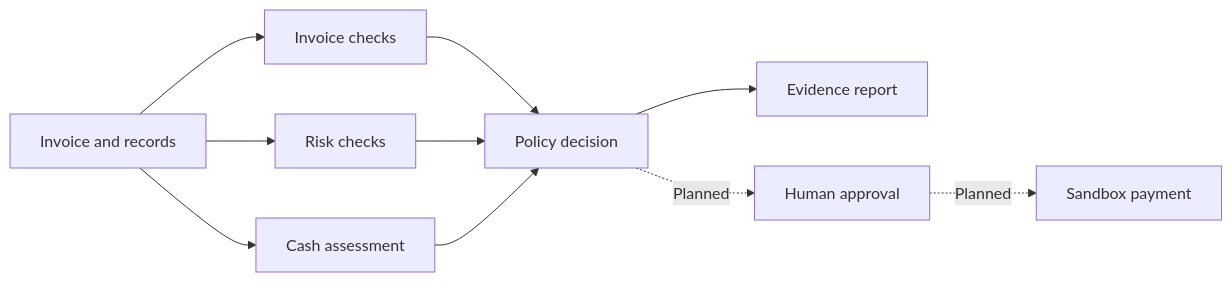
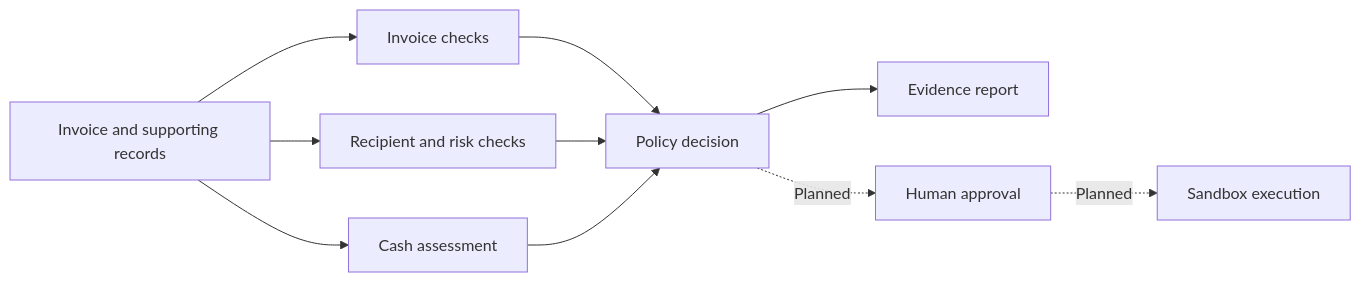
One commit to SanskritiAripineni/finality changed the diagram in README.md. Above: the diagram before and after it, drawn with Mermaid. The commit also changed other lines of this file and 12 other files, not shown here.

````diff
--- a/README.md
+++ b/README.md
@@ -51,12 +42,12 @@
 ```mermaid
 flowchart LR
-  A[Invoice and records] --> B[Invoice checks]
-  A --> C[Risk checks]
+  A[Invoice and supporting records] --> B[Invoice checks]
+  A --> C[Recipient and risk checks]
   A --> D[Cash assessment]
   B --> E[Policy decision]
   C --> E
   D --> E
   E --> F[Evidence report]
   E -. Planned .-> G[Human approval]
-  G -. Planned .-> H[Sandbox payment]
+  G -. Planned .-> H[Sandbox execution]
 ```
````
